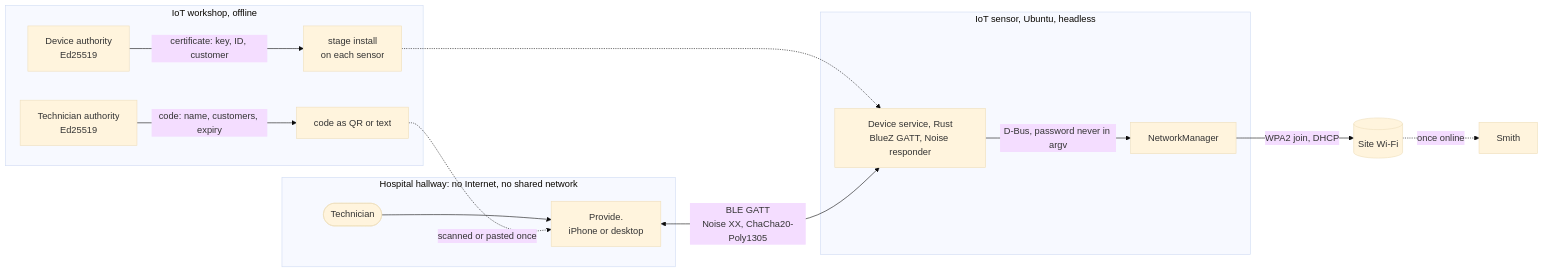
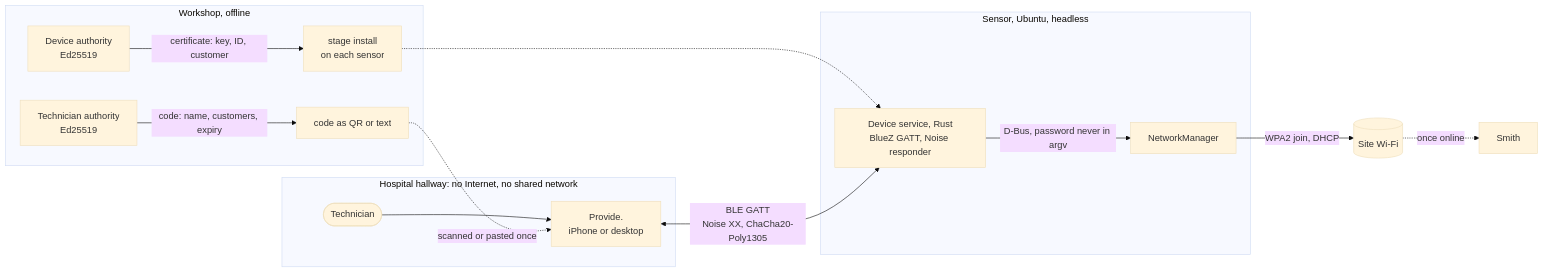
Before and after one commit to NoeBrt/Teton-Provide: the first of 3 diagrams in docs/ARCHITECTURE.md, drawn with Mermaid (base theme). The commit also changed other lines of this file and 102 other files, not shown here.

````diff
--- a/docs/ARCHITECTURE.md
+++ b/docs/ARCHITECTURE.md
@@ -52,18 +52,18 @@
 ```mermaid
 flowchart LR
-    subgraph iot["IoT workshop, offline"]
+    subgraph workshop["Workshop, offline"]
         da["Device authority<br/>Ed25519"] -->|"certificate: key, ID, customer"| stage["stage install<br/>on each sensor"]
         ta["Technician authority<br/>Ed25519"] -->|"code: name, customers, expiry"| code["code as QR or text"]
     end
-    subgraph device["IoT sensor, Ubuntu, headless"]
+    subgraph device["Sensor, Ubuntu, headless"]
         svc["Device service, Rust<br/>BlueZ GATT, Noise responder"] -->|"D-Bus, password never in argv"| nm["NetworkManager"]
     end
     subgraph hallway["Hospital hallway: no Internet, no shared network"]
         tech(["Technician"]) --> app["Provide.<br/>iPhone or desktop"]
     end
     stage -.-> svc
     code -.->|"scanned or pasted once"| app
     app <-->|"BLE GATT<br/>Noise XX, ChaCha20-Poly1305"| svc
     nm -->|"WPA2 join, DHCP"| ap[("Site Wi-Fi")]
     ap -.->|"once online"| smith["Smith"]
 ```
````
